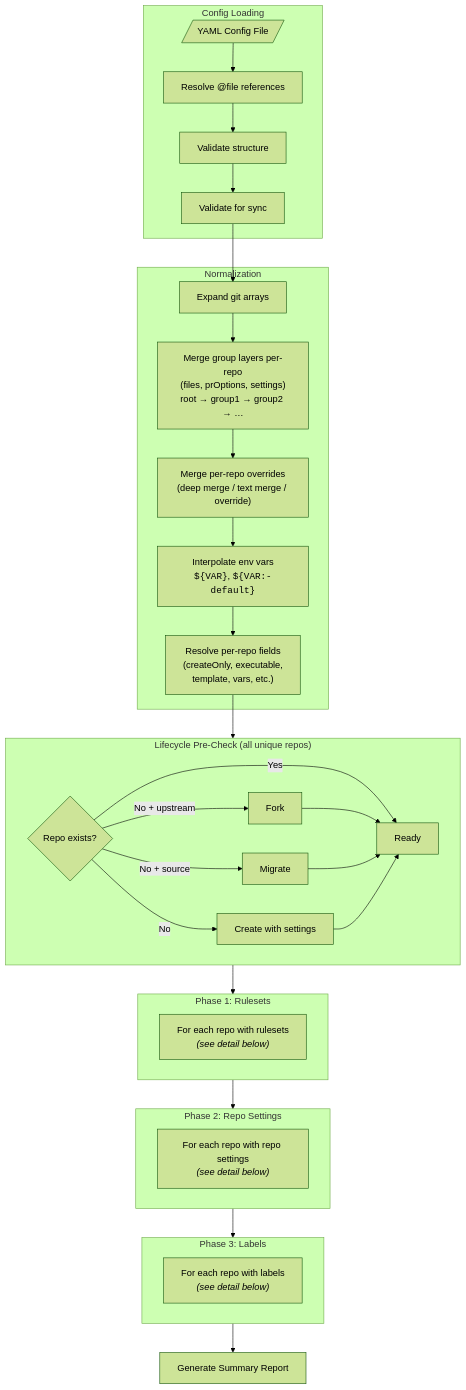
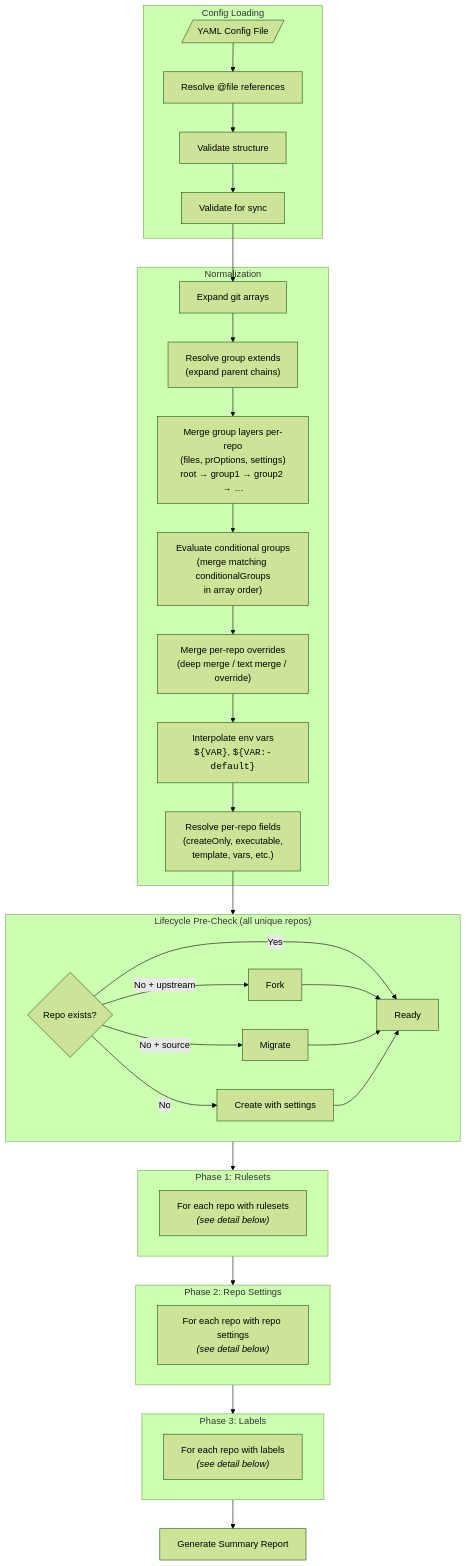
The third of 6 diagrams in docs/index.md (anthony-spruyt/xfg), drawn with Mermaid (forest theme) before and after one commit. The commit also changed other lines of this file and 18 other files, not shown here.

First line of the commit message:
feat(config): add group extends/inheritance (#649) (#663)

````diff
--- a/docs/index.md
+++ b/docs/index.md
@@ -305,43 +307,45 @@
 ```mermaid
 flowchart TB
     subgraph Loading["Config Loading"]
         YAML[/"YAML Config File"/] --> REFS["Resolve @file references"]
         REFS --> VALIDATE["Validate structure"]
         VALIDATE --> VALIDATE_CMD["Validate for sync"]
     end
 
     subgraph Normalization
-        EXPAND["Expand git arrays"] --> GROUPS_S["Merge group layers per-repo<br/>(files, prOptions, settings)<br/>root → group1 → group2 → …"]
-        GROUPS_S --> MERGE_S["Merge per-repo overrides<br/>(deep merge / text merge / override)"]
+        EXPAND["Expand git arrays"] --> EXTENDS_S["Resolve group extends<br/>(expand parent chains)"]
+        EXTENDS_S --> GROUPS_S["Merge group layers per-repo<br/>(files, prOptions, settings)<br/>root → group1 → group2 → …"]
+        GROUPS_S --> COND_S["Evaluate conditional groups<br/>(merge matching conditionalGroups<br/>in array order)"]
+        COND_S --> MERGE_S["Merge per-repo overrides<br/>(deep merge / text merge / override)"]
         MERGE_S --> ENV_S["Interpolate env vars<br/><code>${VAR}</code>, <code>${VAR:-default}</code>"]
         ENV_S --> OPTS_S["Resolve per-repo fields<br/>(createOnly, executable,<br/>template, vars, etc.)"]
     end
 
     subgraph Lifecycle["Lifecycle Pre-Check (all unique repos)"]
         EXIST{"Repo exists?"} -->|Yes| READY["Ready"]
         EXIST -->|"No + upstream"| FORK["Fork"] --> READY
         EXIST -->|"No + source"| MIGRATE["Migrate"] --> READY
         EXIST -->|No| CREATE["Create with settings"] --> READY
     end
 
     subgraph Phase1["Phase 1: Rulesets"]
         RS["For each repo with rulesets<br/><i>(see detail below)</i>"]
     end
 
     subgraph Phase2["Phase 2: Repo Settings"]
         REPO["For each repo with repo settings<br/><i>(see detail below)</i>"]
     end
 
     subgraph Phase3["Phase 3: Labels"]
         LBL["For each repo with labels<br/><i>(see detail below)</i>"]
     end
 
     REPORT["Generate Summary Report"]
 
     VALIDATE_CMD --> EXPAND
     OPTS_S --> Lifecycle
     Lifecycle --> Phase1
     Phase1 --> Phase2
     Phase2 --> Phase3
     Phase3 --> REPORT
 ```
````
